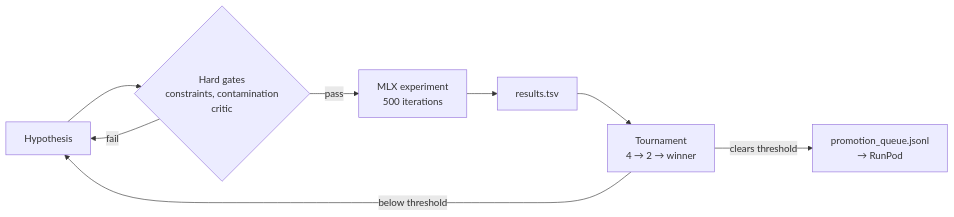
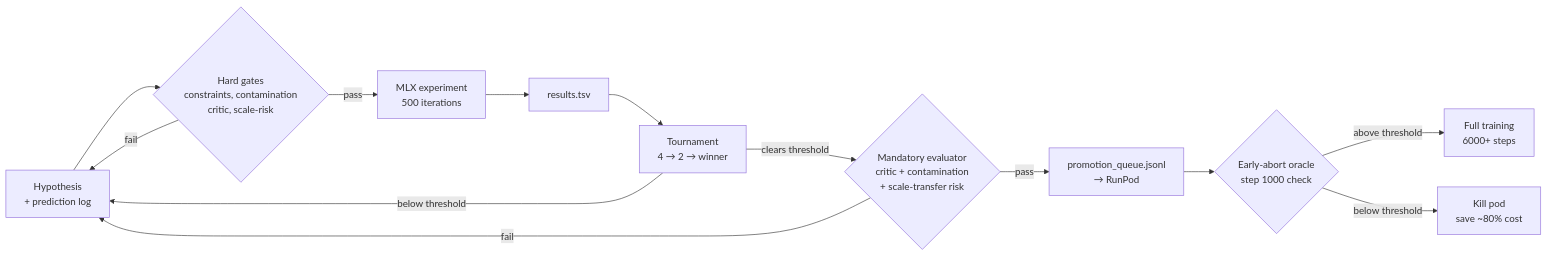
The second of 3 diagrams in README.md (robinojw/parameter-golf-autoresearch), drawn with Mermaid before and after one commit. The commit also changed other lines of this file and 85 other files, not shown here.

First line of the commit message:
System improvements - mandatory evaluator gate, early-abort, research dedup, decision-state handoff (#1)

````diff
--- a/README.md
+++ b/README.md
@@ -39,10 +47,15 @@
 ```mermaid
 graph LR
-    HYP["Hypothesis"] --> GATES{"Hard gates\nconstraints, contamination\ncritic"}
+    HYP["Hypothesis\n+ prediction log"] --> GATES{"Hard gates\nconstraints, contamination\ncritic, scale-risk"}
     GATES -- pass --> RUN["MLX experiment\n500 iterations"]
     GATES -- fail --> HYP
     RUN --> LOG["results.tsv"]
     LOG --> TOURN["Tournament\n4 → 2 → winner"]
-    TOURN -- "clears threshold" --> PROMOTE["promotion_queue.jsonl\n→ RunPod"]
+    TOURN -- "clears threshold" --> EVAL{"Mandatory evaluator\ncritic + contamination\n+ scale-transfer risk"}
+    EVAL -- pass --> PROMOTE["promotion_queue.jsonl\n→ RunPod"]
+    EVAL -- fail --> HYP
     TOURN -- "below threshold" --> HYP
+    PROMOTE --> ABORT{"Early-abort oracle\nstep 1000 check"}
+    ABORT -- "above threshold" --> RESULT["Full training\n6000+ steps"]
+    ABORT -- "below threshold" --> KILL["Kill pod\nsave ~80% cost"]
 ```
````
